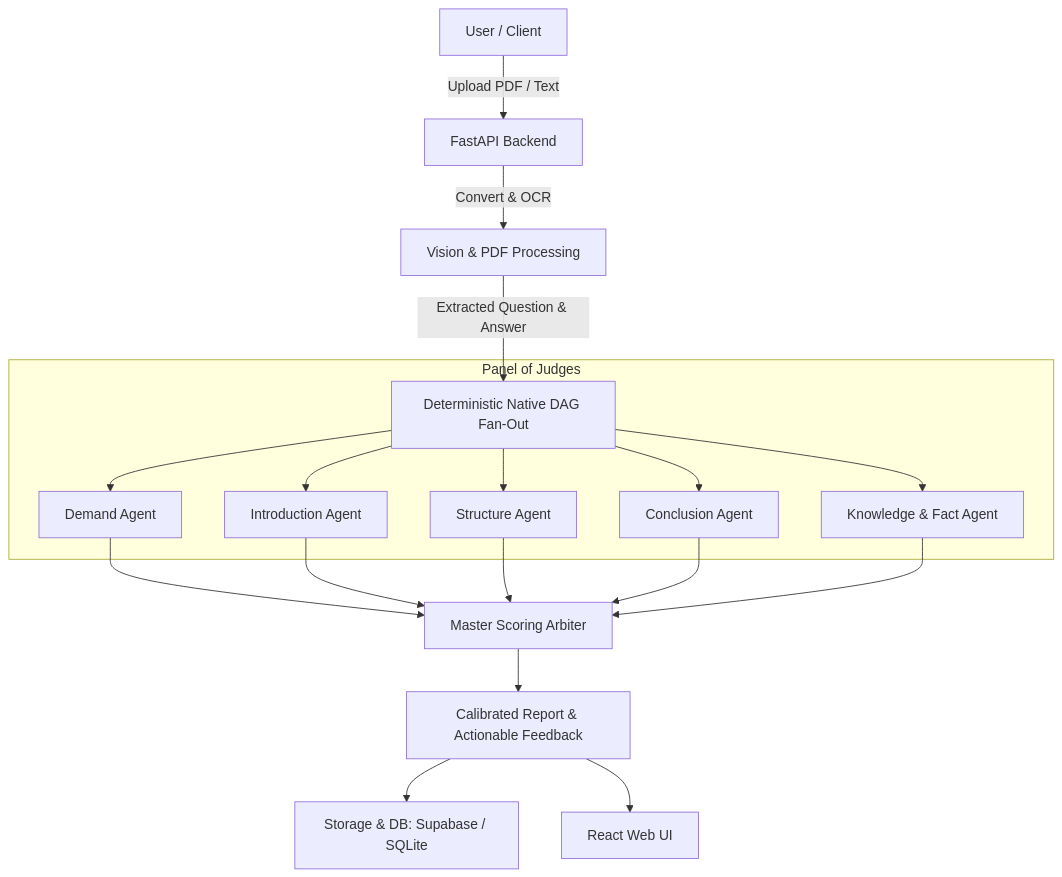
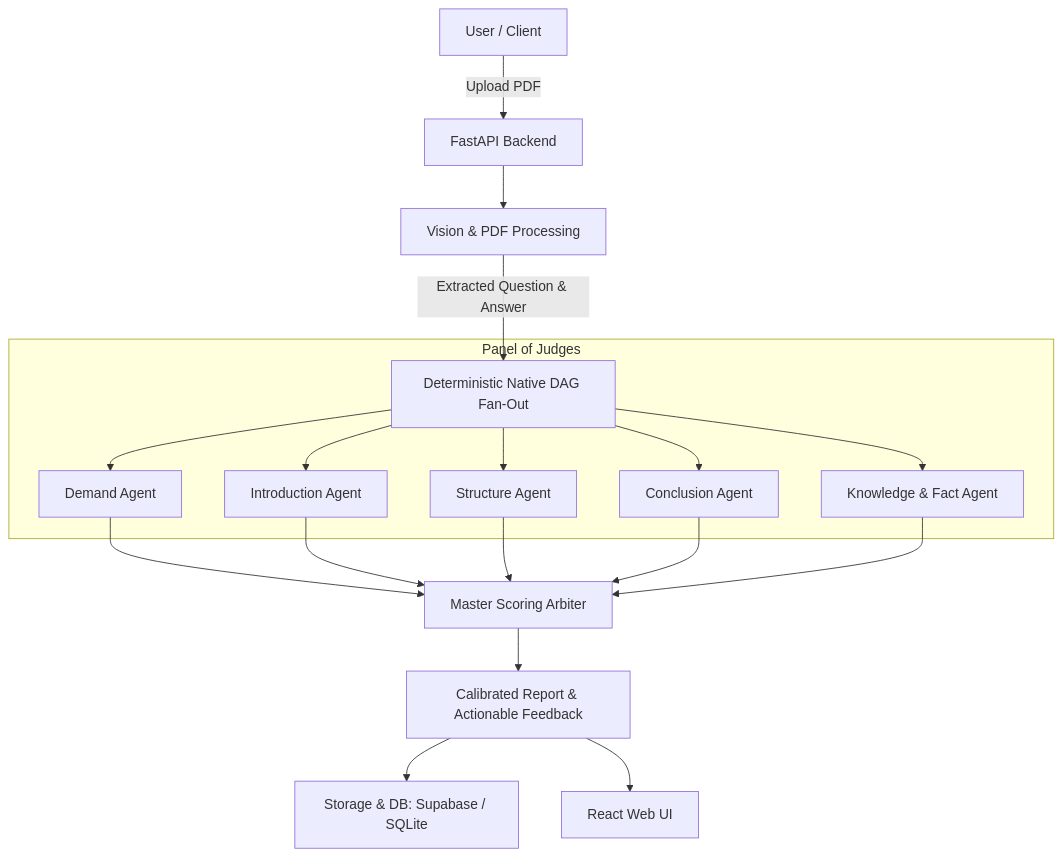
One commit to v-sinha9004/answer-writing-evaluation changed the diagram in README.md. Above: the diagram before and after it, drawn with Mermaid.

Commit message:
docs: update to reflect correct flow

````diff
--- a/README.md
+++ b/README.md
@@ -11,24 +11,24 @@
 ```mermaid
 graph TD
-    A[User / Client] -->|Upload PDF / Text| B[FastAPI Backend]
-    B -->|Convert & OCR| C[Vision & PDF Processing]
+    A[User / Client] -->|Upload PDF| B[FastAPI Backend]
+    B --> C[Vision & PDF Processing]
     C -->|Extracted Question & Answer| D[Deterministic Native DAG Fan-Out]
     
     subgraph Specialist Agents [Panel of Judges]
         D --> E1[Demand Agent]
         D --> E2[Introduction Agent]
         D --> E3[Structure Agent]
         D --> E4[Conclusion Agent]
         D --> E5[Knowledge & Fact Agent]
     end
 
     E1 --> F[Master Scoring Arbiter]
     E2 --> F
     E3 --> F
     E4 --> F
     E5 --> F
 
     F --> G[Calibrated Report & Actionable Feedback]
     G --> H[Storage & DB: Supabase / SQLite]
     G --> I[React Web UI]
 ```
````
